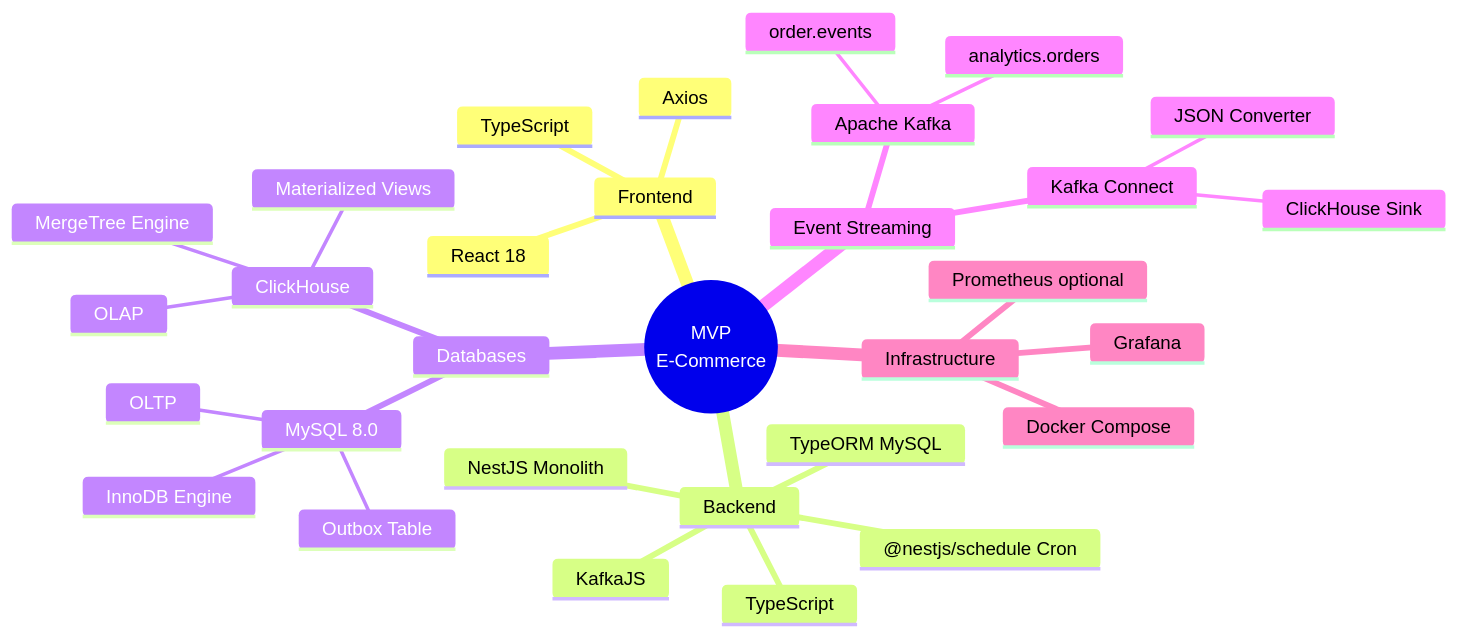
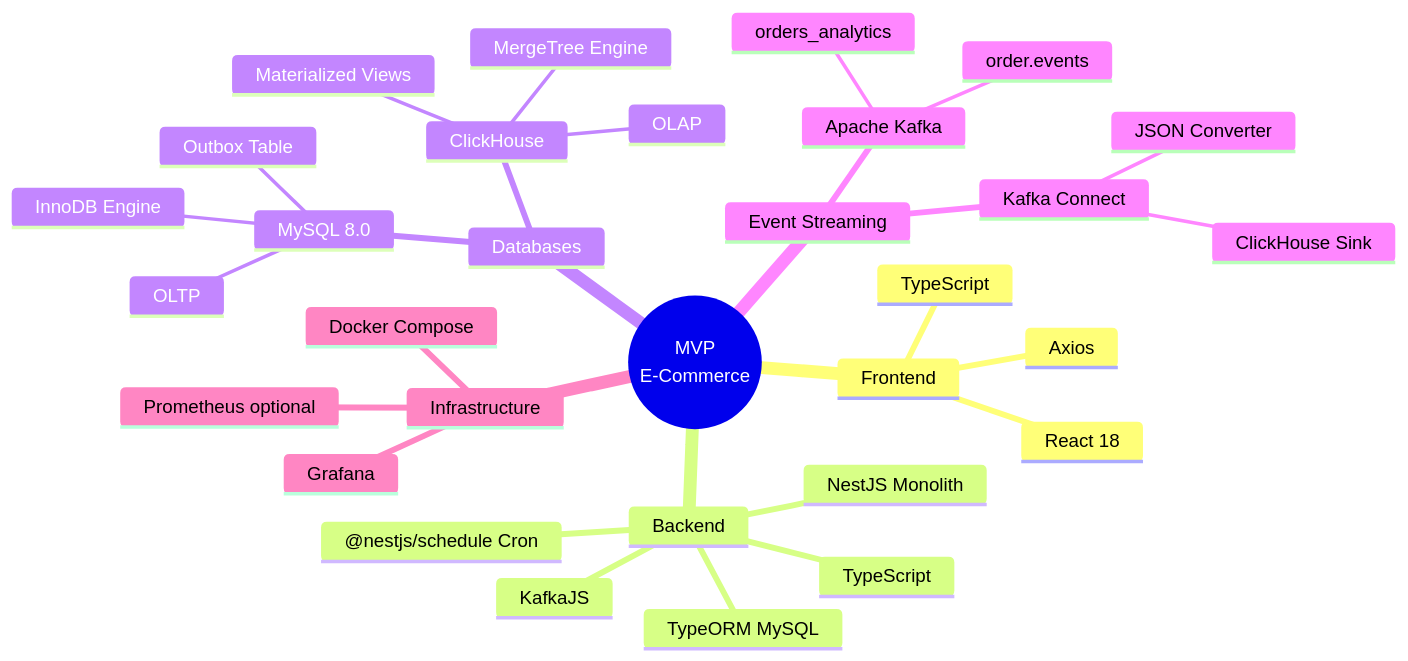
The fourth of 9 diagrams in docs/architecture/system-architecture-diagram.md (duarbdhks/nestjs-cllickhouse), drawn with Mermaid before and after one commit. The commit also changed other lines of this file and 3 other files, not shown here.

````diff
--- a/docs/architecture/system-architecture-diagram.md
+++ b/docs/architecture/system-architecture-diagram.md
@@ -190,34 +190,34 @@
 ```mermaid
 mindmap
   root((MVP<br/>E-Commerce))
     Frontend
       React 18
       TypeScript
       Axios
     Backend
       NestJS Monolith
       TypeScript
       TypeORM MySQL
       @nestjs/schedule Cron
       KafkaJS
     Databases
       MySQL 8.0
         OLTP
         Outbox Table
         InnoDB Engine
       ClickHouse
         OLAP
         MergeTree Engine
         Materialized Views
     Event Streaming
       Apache Kafka
         order.events
-        analytics.orders
+        orders_analytics
       Kafka Connect
         ClickHouse Sink
         JSON Converter
     Infrastructure
       Docker Compose
       Grafana
       Prometheus optional
 ```
````
